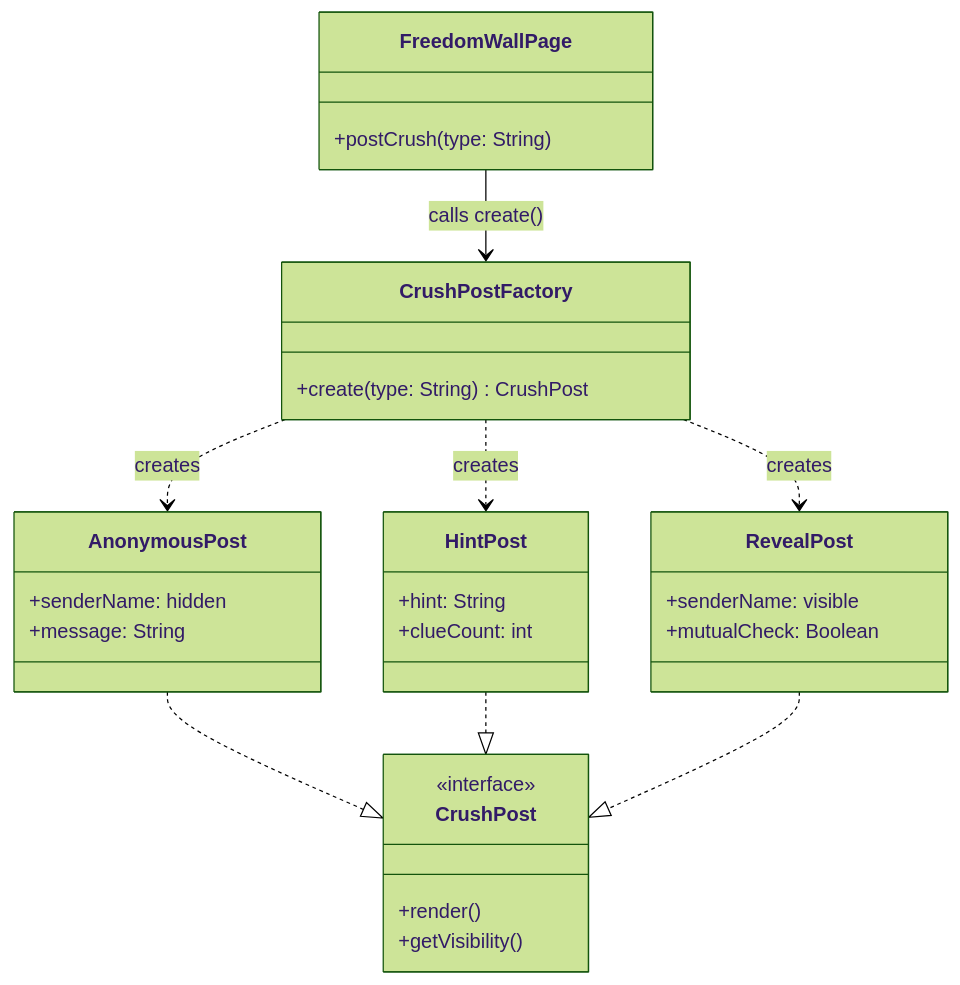
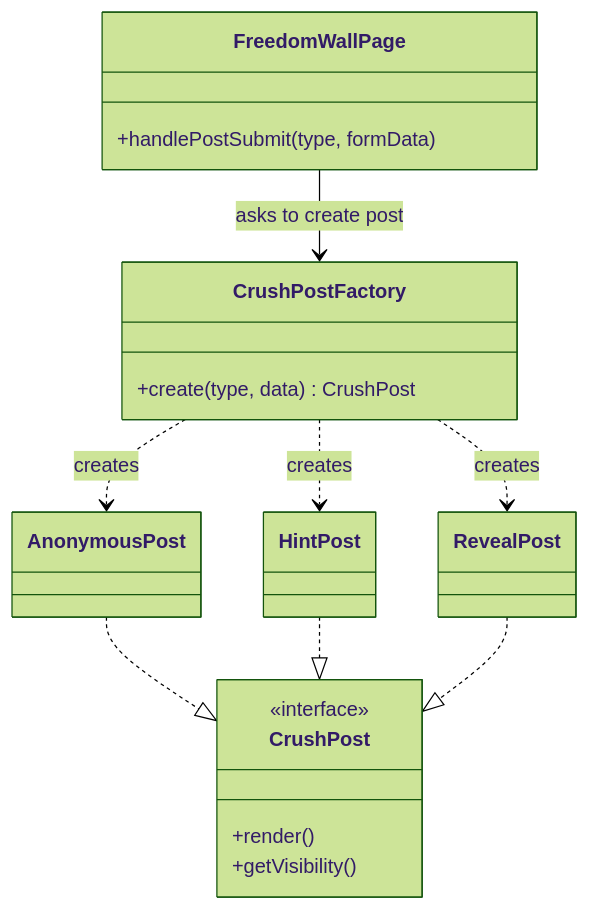
The second of 2 diagrams in README.md (InnovaTxch/CMSC129_Activity2_DesignPatterns), drawn with Mermaid (forest theme) before and after one commit. The commit also changed other lines of this file, not shown here.

Commit message:
docs: refactor class diagram and pseudocode for Creational DP in README

````diff
--- a/README.md
+++ b/README.md
@@ -54,33 +44,29 @@
 ```mermaid
 classDiagram
-    class FreedomWallPage {
-        +postCrush(type: String)
-    }
-    class CrushPostFactory {
-        +create(type: String) CrushPost
-    }
     class CrushPost {
         <<interface>>
         +render()
         +getVisibility()
     }
-    class AnonymousPost {
-        +senderName: hidden
-        +message: String
+
+    class AnonymousPost
+    class HintPost
+    class RevealPost
+
+    class CrushPostFactory {
+        +create(type, data) CrushPost
     }
-    class HintPost {
-        +hint: String
-        +clueCount: int
+
+    class FreedomWallPage {
+        +handlePostSubmit(type, formData)
     }
-    class RevealPost {
-        +senderName: visible
-        +mutualCheck: Boolean
-    }
-    FreedomWallPage --> CrushPostFactory : calls create()
+
+    AnonymousPost ..|> CrushPost
+    HintPost ..|> CrushPost
+    RevealPost ..|> CrushPost
+
+    FreedomWallPage --> CrushPostFactory : asks to create post
     CrushPostFactory ..> AnonymousPost : creates
     CrushPostFactory ..> HintPost : creates
     CrushPostFactory ..> RevealPost : creates
-    AnonymousPost ..|> CrushPost
-    HintPost ..|> CrushPost
-    RevealPost ..|> CrushPost
 ```
````
